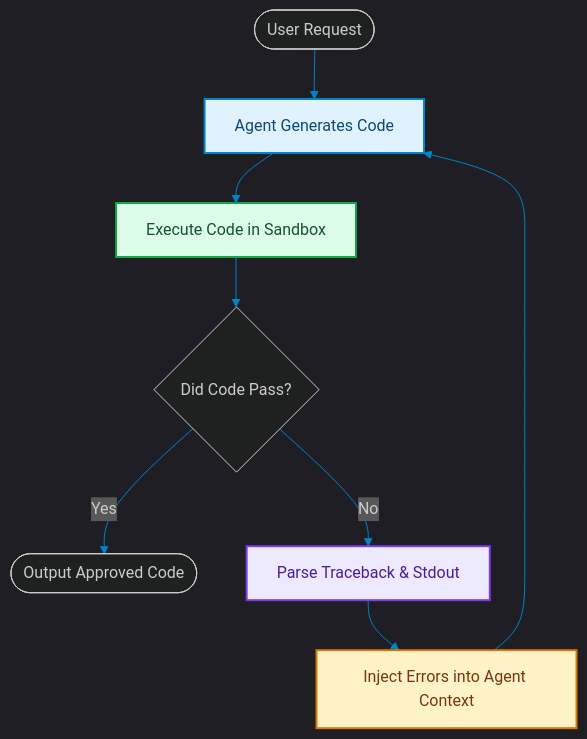
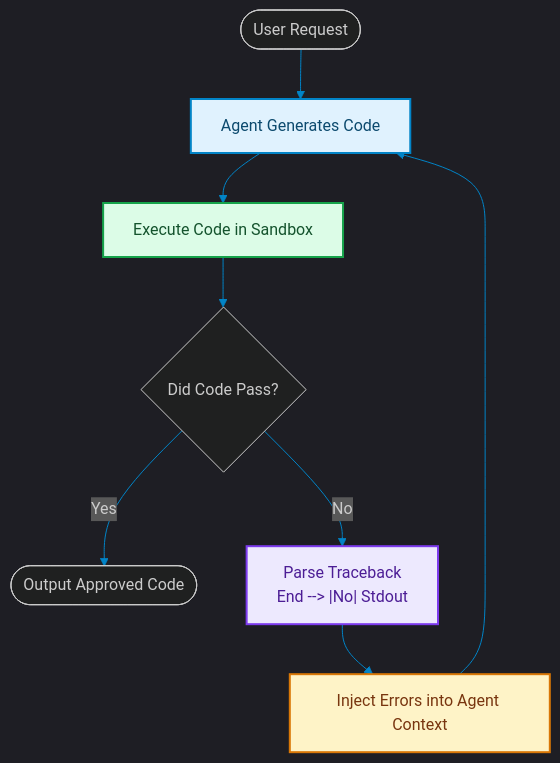
The diagram in blog/posts/agentic-sdlc-inner-loop-self-healing-code.md (akmalkhaniub/akmalkhaniub.github.io), drawn with Mermaid before and after one commit. The commit also changed other lines of this file and 894 other files, not shown here.

Commit message:
feat(blog): upgrade all 444 posts with unique staggered dates, 2-col Mermaid spines, benchmark tables, code blocks, and trade-offs

````diff
--- a/blog/posts/agentic-sdlc-inner-loop-self-healing-code.md
+++ b/blog/posts/agentic-sdlc-inner-loop-self-healing-code.md
@@ -15,21 +15,22 @@
 ```mermaid
 %%{init: {'theme': 'dark', 'themeVariables': { 'primaryColor': '#0284c7', 'primaryTextColor': '#f3f4f6', 'primaryBorderColor': '#38bdf8', 'lineColor': '#0284c7', 'secondaryColor': '#111827', 'tertiaryColor': '#0b0f19'}}}%%
 flowchart TD
     Start([User Request]) --> Write["Agent Generates Code"]
     Write --> Run["Execute Code in Sandbox"]
     Run --> Check{Did Code Pass?}
     Check -->|Yes| End([Output Approved Code])
-    Check -->|No| Parse["Parse Traceback & Stdout"]
+    Check --> |No| Parse["Parse Traceback
+    End --> |No| Stdout"]
     Parse --> Feedback["Inject Errors into Agent Context"]
     Feedback --> Write
 
 classDef green fill:#dcfce7,stroke:#16a34a,stroke-width:2px,color:#14532d;
 classDef red fill:#fee2e2,stroke:#dc2626,stroke-width:2px,color:#7f1d1d;
 classDef blue fill:#e0f2fe,stroke:#0284c7,stroke-width:2px,color:#0c4a6e;
 classDef yellow fill:#fef3c7,stroke:#d97706,stroke-width:2px,color:#78350f;
 classDef purple fill:#ede9fe,stroke:#7c3aed,stroke-width:2px,color:#4c1d95;
 class Write blue
 class Run green
 class Parse purple
 class Feedback yellow
 ```
````
